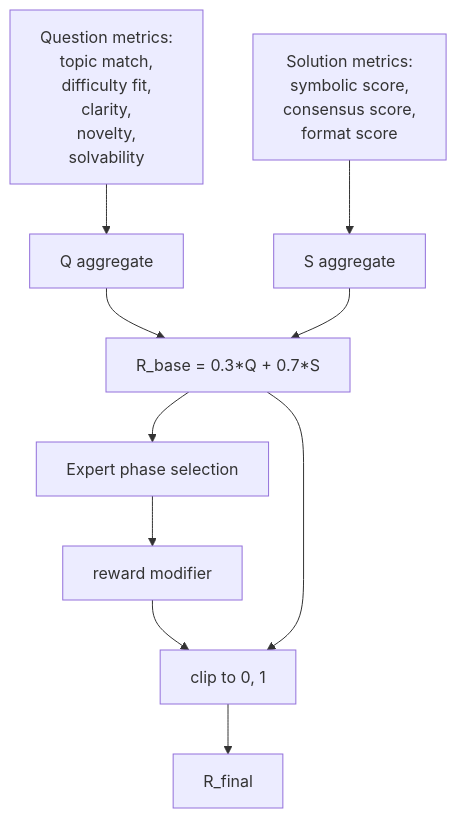
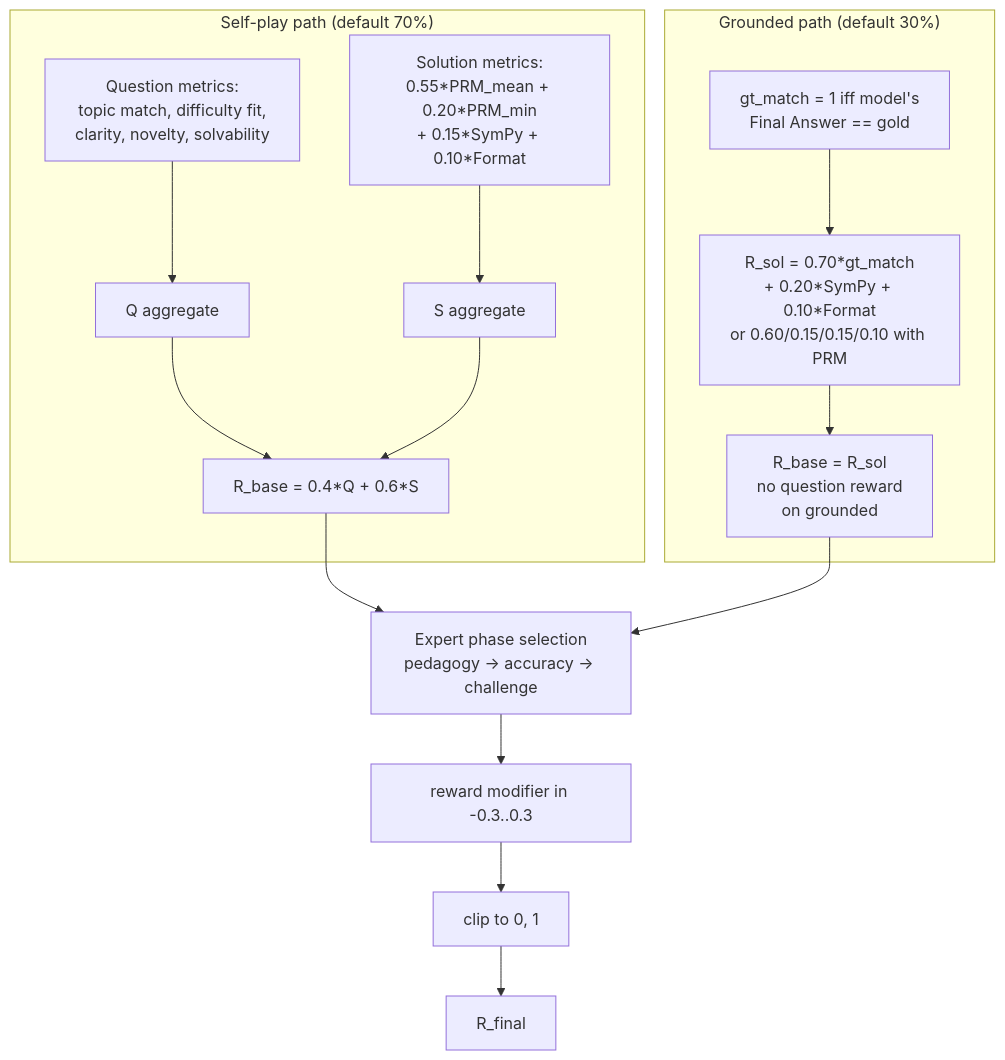
One commit to Prem01-cyber/finetune_qwen changed the second of 3 diagrams in README.md. Above: the diagram before and after it, drawn with Mermaid. The commit also changed other lines of this file and 7 other files, not shown here.

````diff
--- a/README.md
+++ b/README.md
@@ -102,23 +113,33 @@
 ```mermaid
 flowchart TD
-    QM[Question metrics:<br/>topic match,<br/>difficulty fit,<br/>clarity,<br/>novelty,<br/>solvability]
-    SM[Solution metrics:<br/>symbolic score,<br/>consensus score,<br/>format score]
+    subgraph SP["Self-play path (default 70%)"]
+        QM[Question metrics:<br/>topic match, difficulty fit,<br/>clarity, novelty, solvability]
+        SP_SOL[Solution metrics:<br/>0.55*PRM_mean + 0.20*PRM_min<br/>+ 0.15*SymPy + 0.10*Format]
+        QAGG[Q aggregate]
+        SAGG_SP[S aggregate]
+        RBASE_SP[R_base = 0.4*Q + 0.6*S]
+    end
 
-    QAGG[Q aggregate]
-    SAGG[S aggregate]
-    RBASE[R_base = 0.3*Q + 0.7*S]
-    PHASE[Expert phase selection]
-    MOD[reward modifier]
+    subgraph GR["Grounded path (default 30%)"]
+        GT_MATCH[gt_match = 1 iff model's<br/>Final Answer == gold]
+        GR_SOL[R_sol = 0.70*gt_match<br/>+ 0.20*SymPy + 0.10*Format<br/>or 0.60/0.15/0.15/0.10 with PRM]
+        RBASE_GR[R_base = R_sol<br/>no question reward<br/>on grounded]
+    end
+
+    PHASE[Expert phase selection<br/>pedagogy -> accuracy -> challenge]
+    MOD[reward modifier in -0.3..0.3]
     CLAMP[clip to 0, 1]
     RF[R_final]
 
     QM --> QAGG
-    SM --> SAGG
-    QAGG --> RBASE
-    SAGG --> RBASE
-    RBASE --> PHASE
+    SP_SOL --> SAGG_SP
+    QAGG --> RBASE_SP
+    SAGG_SP --> RBASE_SP
+    GT_MATCH --> GR_SOL
+    GR_SOL --> RBASE_GR
+    RBASE_SP --> PHASE
+    RBASE_GR --> PHASE
     PHASE --> MOD
     MOD --> CLAMP
-    RBASE --> CLAMP
     CLAMP --> RF
 ```
````
